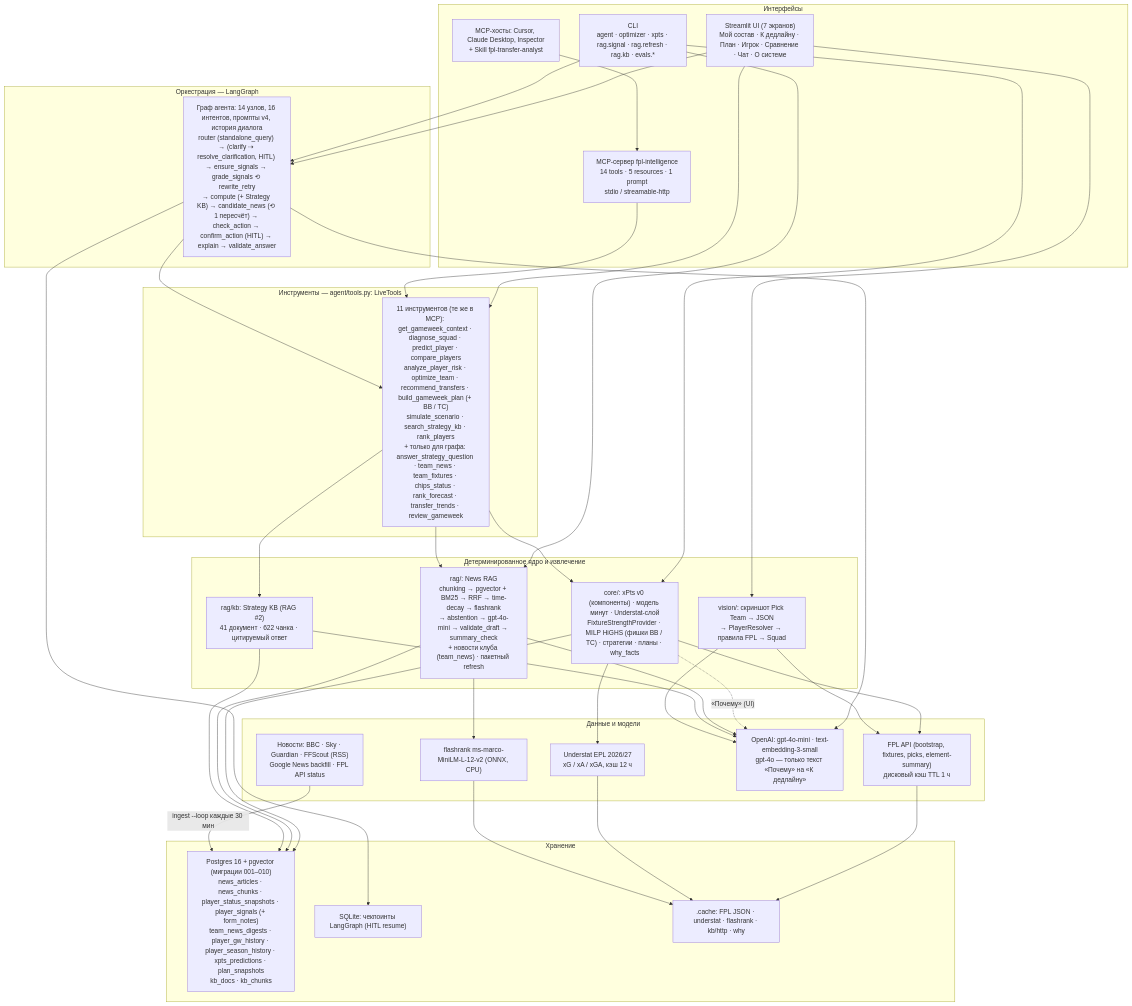
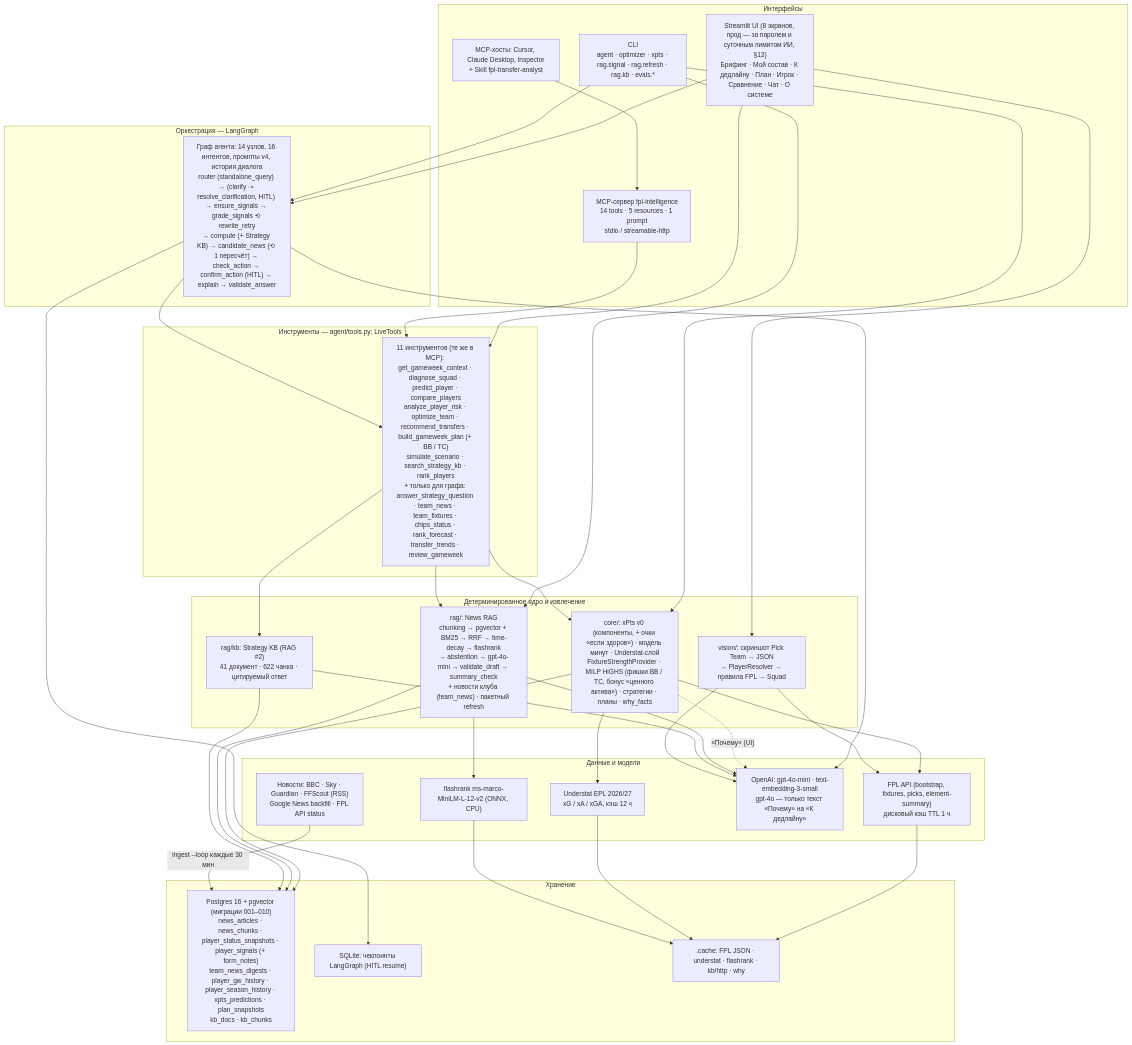
Before and after one commit to ZHKAIR/nfactorial-fpl-copilot: the diagram in docs/diagrams/architecture.mmd, drawn with Mermaid. The commit also changed 3 other files, not shown here.

First line of the commit message:
docs(architecture): Briefing, deadline plan, valuable-asset rule and the production stack (§13)

```diff
--- a/docs/diagrams/architecture.mmd
+++ b/docs/diagrams/architecture.mmd
@@ -1,68 +1,68 @@
-%% FPL Copilot — слоистая архитектура (источник: docs/ARCHITECTURE.md §2, состояние 24.09.2026)
+%% FPL Copilot — слоистая архитектура (источник: docs/ARCHITECTURE.md §2, состояние 25.09.2026)
 %% Правило проекта: LLM маршрутизирует, извлекает и объясняет; считает детерминированный код.
 flowchart TB
     subgraph L1["Интерфейсы"]
-        UI["Streamlit UI (7 экранов)<br/>Мой состав · К дедлайну · План · Игрок · Сравнение · Чат · О системе"]
+        UI["Streamlit UI (8 экранов, прод — за паролем и суточным лимитом ИИ, §13)<br/>Брифинг · Мой состав · К дедлайну · План · Игрок · Сравнение · Чат · О системе"]
         CLI["CLI<br/>agent · optimizer · xpts · rag.signal · rag.refresh · rag.kb · evals.*"]
         MCP["MCP-сервер fpl-intelligence<br/>14 tools · 5 resources · 1 prompt<br/>stdio / streamable-http"]
         HOST["MCP-хосты: Cursor, Claude Desktop, Inspector<br/>+ Skill fpl-transfer-analyst"]
     end
 
     subgraph L2["Оркестрация — LangGraph"]
         GRAPH["Граф агента: 14 узлов, 16 интентов, промпты v4, история диалога<br/>router (standalone_query) → (clarify ⇢ resolve_clarification, HITL) → ensure_signals → grade_signals ⟲ rewrite_retry<br/>→ compute (+ Strategy KB) → candidate_news (⟲ 1 пересчёт) → check_action → confirm_action (HITL) → explain → validate_answer"]
     end
 
     subgraph L3["Инструменты — agent/tools.py: LiveTools"]
         TOOLS["11 инструментов (те же в MCP): get_gameweek_context · diagnose_squad · predict_player · compare_players<br/>analyze_player_risk · optimize_team · recommend_transfers · build_gameweek_plan (+ BB / TC)<br/>simulate_scenario · search_strategy_kb · rank_players<br/>+ только для графа: answer_strategy_question · team_news · team_fixtures · chips_status · rank_forecast · transfer_trends · review_gameweek"]
     end
 
     subgraph L4["Детерминированное ядро и извлечение"]
-        CORE["core/: xPts v0 (компоненты) · модель минут · Understat-слой<br/>FixtureStrengthProvider · MILP HiGHS (фишки BB / TC) · стратегии · планы · why_facts"]
+        CORE["core/: xPts v0 (компоненты, + очки «если здоров») · модель минут · Understat-слой<br/>FixtureStrengthProvider · MILP HiGHS (фишки BB / TC, бонус «ценного актива») · стратегии · планы · why_facts"]
         RAG["rag/: News RAG<br/>chunking → pgvector + BM25 → RRF → time-decay → flashrank<br/>→ abstention → gpt-4o-mini → validate_draft → summary_check<br/>+ новости клуба (team_news) · пакетный refresh"]
         KB["rag/kb: Strategy KB (RAG #2)<br/>41 документ · 622 чанка · цитируемый ответ"]
         VIS["vision/: скриншот Pick Team → JSON<br/>→ PlayerResolver → правила FPL → Squad"]
     end
 
     subgraph L5["Данные и модели"]
         FPL["FPL API (bootstrap, fixtures, picks, element-summary)<br/>дисковый кэш TTL 1 ч"]
         NEWS["Новости: BBC · Sky · Guardian · FFScout (RSS)<br/>Google News backfill · FPL API status"]
         UNDERSTAT["Understat EPL 2026/27<br/>xG / xA / xGA, кэш 12 ч"]
         OPENAI["OpenAI: gpt-4o-mini · text-embedding-3-small<br/>gpt-4o — только текст «Почему» на «К дедлайну»"]
         RERANK["flashrank ms-marco-MiniLM-L-12-v2 (ONNX, CPU)"]
     end
 
     subgraph L6["Хранение"]
         PG["Postgres 16 + pgvector (миграции 001–010)<br/>news_articles · news_chunks · player_status_snapshots · player_signals (+ form_notes)<br/>team_news_digests · player_gw_history · player_season_history · xpts_predictions · plan_snapshots<br/>kb_docs · kb_chunks"]
         SQLITE["SQLite: чекпоинты LangGraph (HITL resume)"]
         CACHE[".cache: FPL JSON · understat · flashrank · kb/http · why"]
     end
 
     UI --> GRAPH
     UI --> TOOLS
     UI --> VIS
     CLI --> GRAPH
     CLI --> CORE
     CLI --> RAG
     HOST --> MCP
     MCP --> TOOLS
     GRAPH --> TOOLS
     GRAPH --> OPENAI
     GRAPH --> SQLITE
     TOOLS --> CORE
     TOOLS --> RAG
     TOOLS --> KB
     CORE --> FPL
     CORE --> UNDERSTAT
     CORE --> PG
     CORE -.->|"«Почему» (UI)"| OPENAI
     RAG --> PG
     RAG --> OPENAI
     RAG --> RERANK
     KB --> PG
     KB --> OPENAI
     VIS --> OPENAI
     VIS --> FPL
     NEWS -->|"ingest --loop каждые 30 мин"| PG
     FPL --> CACHE
     UNDERSTAT --> CACHE
     RERANK --> CACHE
```
